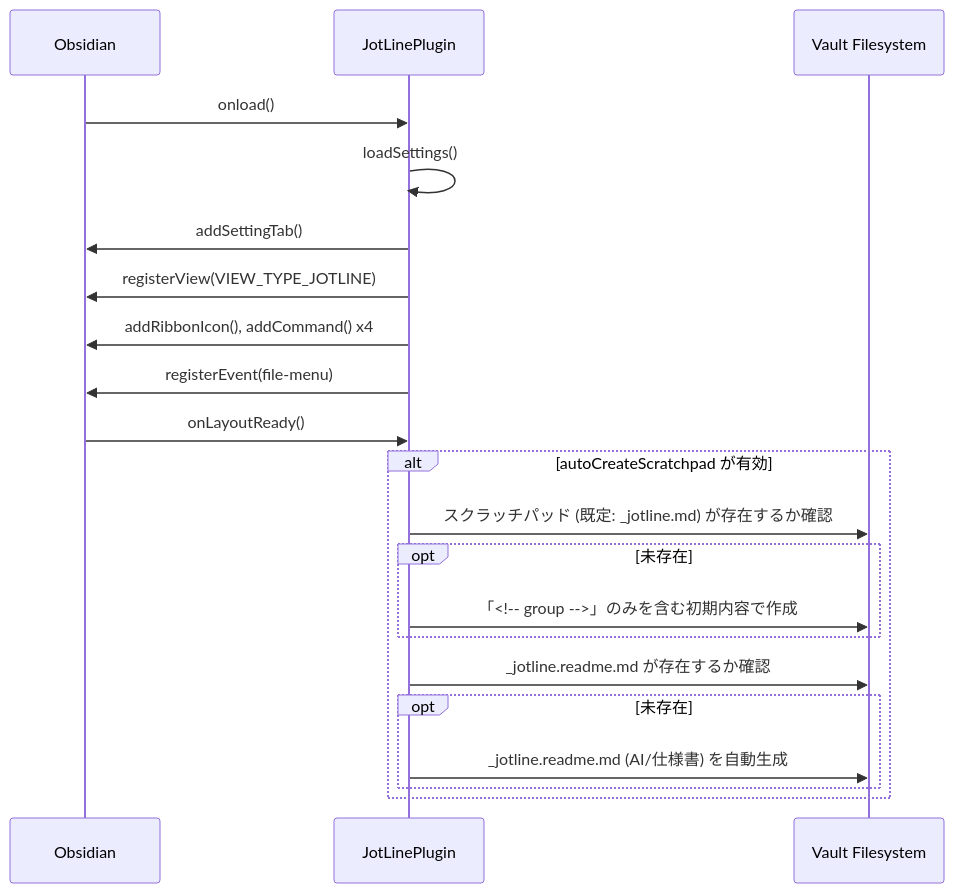
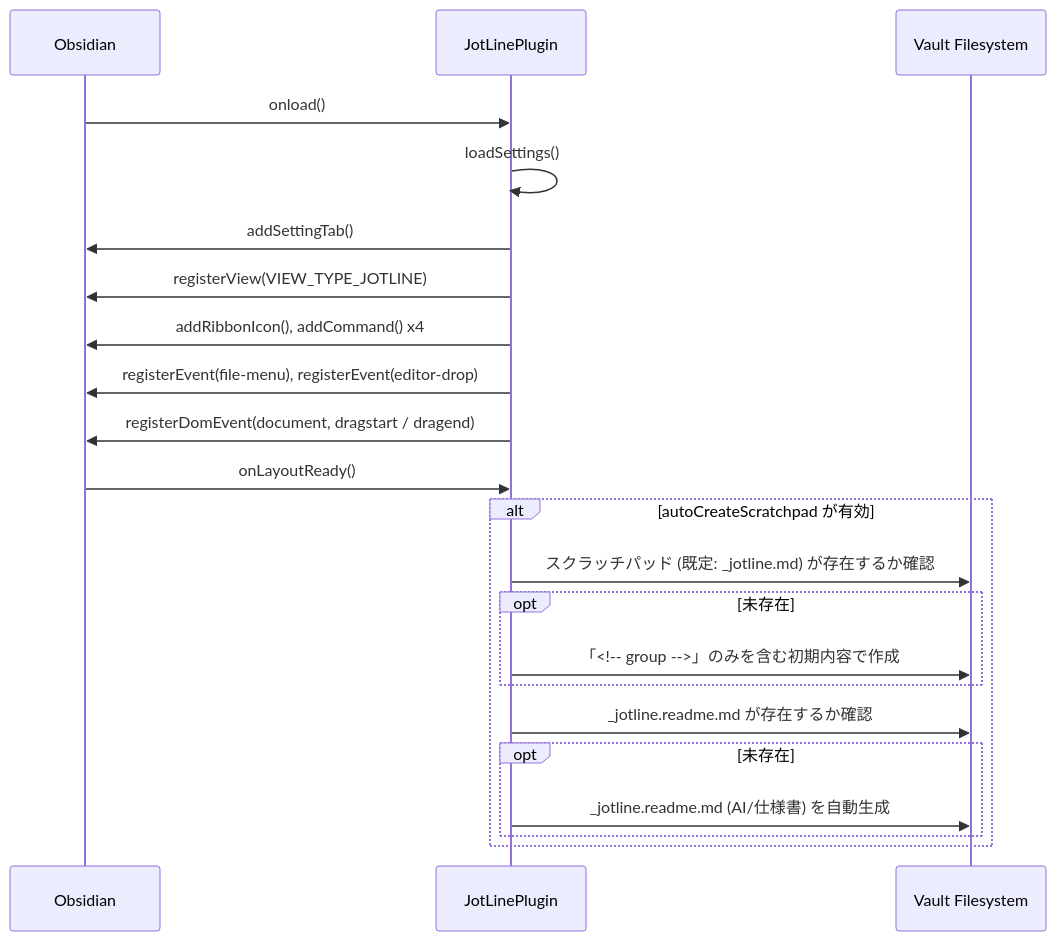
Before and after one commit to sasaki819/JotLine: the fourth of 4 diagrams in docs/architecture/01.Architecture.md, drawn with Mermaid. The commit also changed other lines of this file and 24 other files, not shown here.

````diff
--- a/docs/architecture/01.Architecture.md
+++ b/docs/architecture/01.Architecture.md
@@ -153,25 +173,26 @@
 ```mermaid
 sequenceDiagram
     participant App as Obsidian
     participant Plugin as JotLinePlugin
     participant Storage as Vault Filesystem
 
     App->>Plugin: onload()
     Plugin->>Plugin: loadSettings()
     Plugin->>App: addSettingTab()
     Plugin->>App: registerView(VIEW_TYPE_JOTLINE)
     Plugin->>App: addRibbonIcon(), addCommand() x4
-    Plugin->>App: registerEvent(file-menu)
+    Plugin->>App: registerEvent(file-menu), registerEvent(editor-drop)
+    Plugin->>App: registerDomEvent(document, dragstart / dragend)
     
     App->>Plugin: onLayoutReady()
     alt autoCreateScratchpad が有効
         Plugin->>Storage: スクラッチパッド (既定: _jotline.md) が存在するか確認
         opt 未存在
             Plugin->>Storage: 「<!-- group -->」のみを含む初期内容で作成
         end
         Plugin->>Storage: _jotline.readme.md が存在するか確認
         opt 未存在
             Plugin->>Storage: _jotline.readme.md (AI/仕様書) を自動生成
         end
     end
 ```
````
